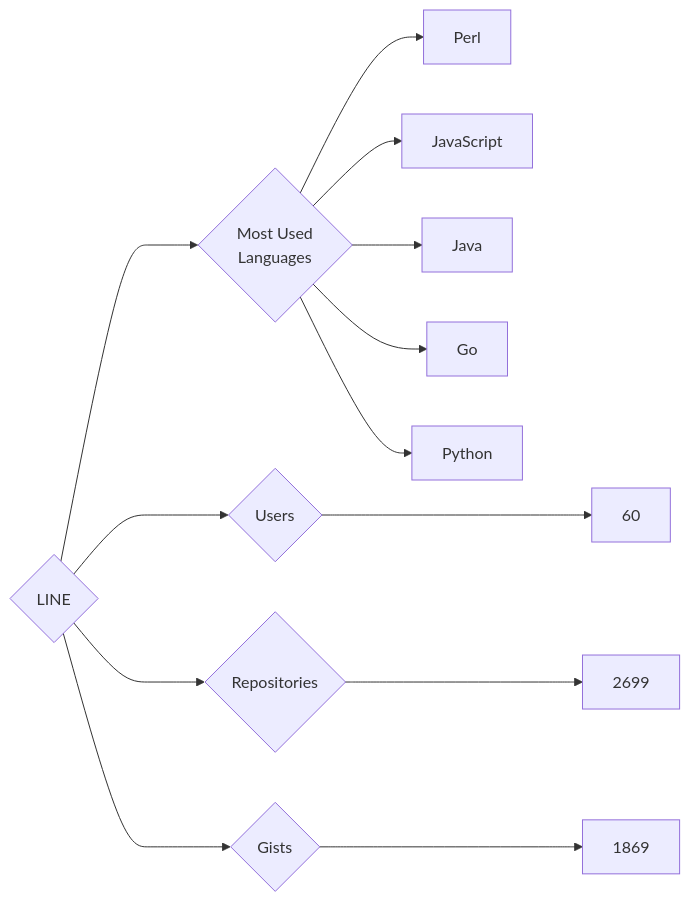
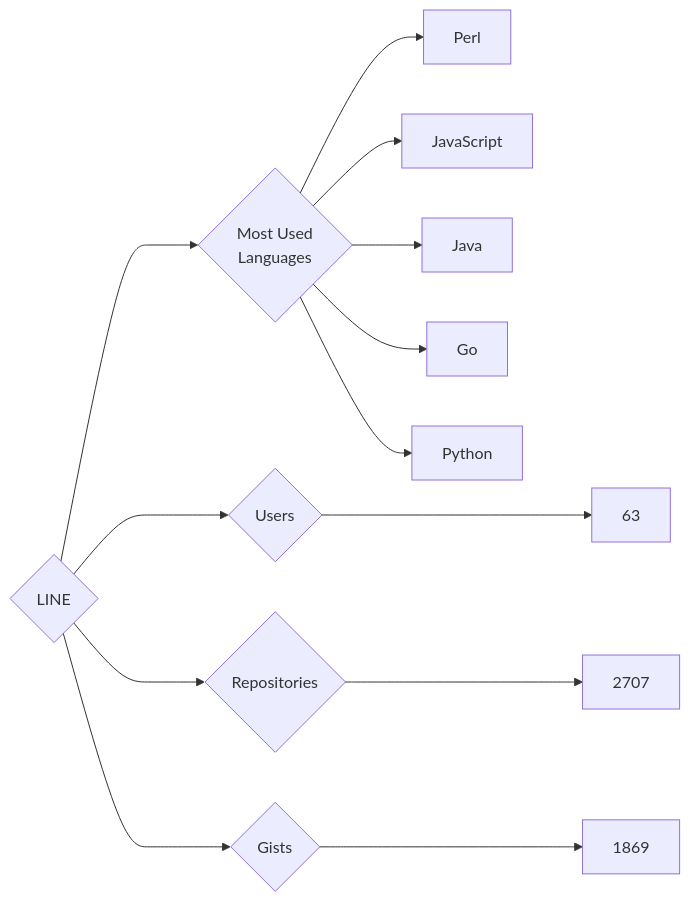
Before and after one commit to trickest/insiders: the diagram in targets/LINE/README.md, drawn with Mermaid. The commit also changed 569 other files, not shown here.

````diff
--- a/targets/LINE/README.md
+++ b/targets/LINE/README.md
@@ -3,13 +3,13 @@
 ```mermaid
 graph LR
 COMPANY_NAME{LINE}
-COMPANY_NAME ---> U{Users} ---> UN[60]
-COMPANY_NAME ---> R{Repositories} ---> RN[2699]
+COMPANY_NAME ---> U{Users} ---> UN[63]
+COMPANY_NAME ---> R{Repositories} ---> RN[2707]
 COMPANY_NAME ---> G{Gists} ---> GN[1869]
 COMPANY_NAME ---> ML{Most Used<br>Languages}
 ML --> Perl[Perl]
 ML --> JavaScript[JavaScript]
 ML --> Java[Java]
 ML --> Go[Go]
 ML --> Python[Python]
 ```
````
